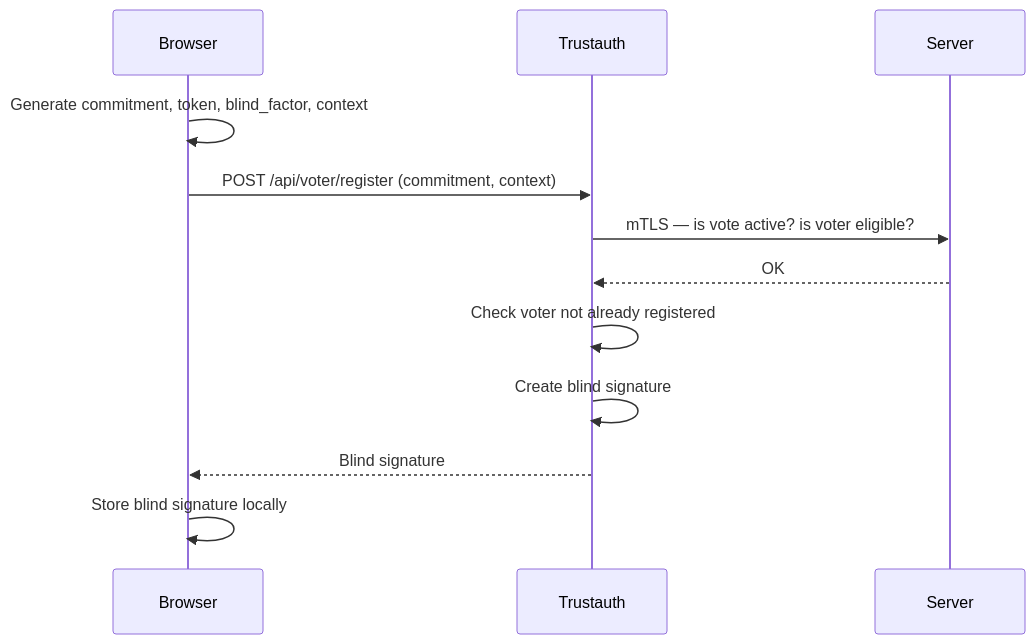
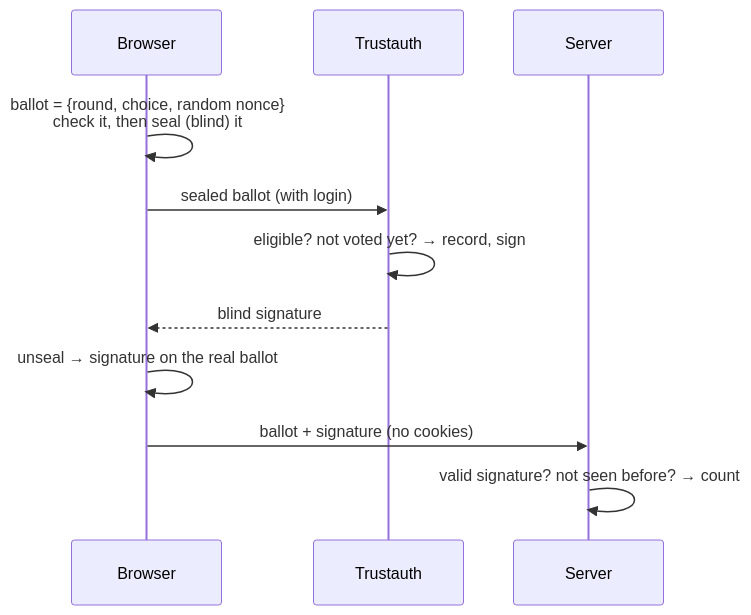
The third of 3 diagrams in README.md (fsek/rustsystem), drawn with Mermaid before and after one commit. The commit also changed other lines of this file and 163 other files, not shown here.

````diff
--- a/README.md
+++ b/README.md
@@ -220,15 +132,13 @@
 ```mermaid
 sequenceDiagram
     participant B as Browser
     participant T as Trustauth
     participant S as Server
-
-    B->>B: Generate commitment, token, blind_factor, context
-    B->>T: POST /api/voter/register (commitment, context)
-    T->>S: mTLS — is vote active? is voter eligible?
-    S-->>T: OK
-    T->>T: Check voter not already registered
-    T->>T: Create blind signature
-    T-->>B: Blind signature
-    B->>B: Store blind signature locally
+    B->>B: ballot = {round, choice, random nonce}<br/>check it, then seal (blind) it
+    B->>T: sealed ballot (with login)
+    T->>T: eligible? not voted yet? → record, sign
+    T-->>B: blind signature
+    B->>B: unseal → signature on the real ballot
+    B->>S: ballot + signature (no cookies)
+    S->>S: valid signature? not seen before? → count
 ```
````
